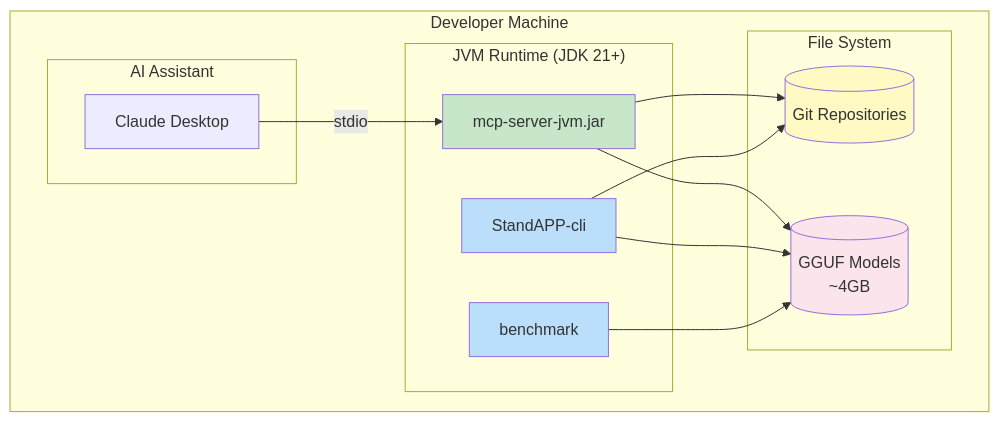
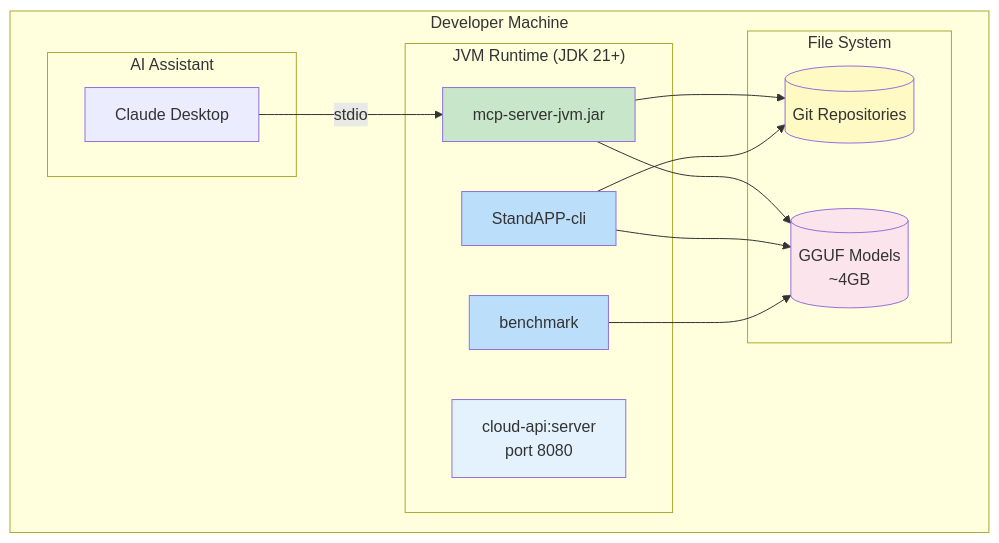
The first of 3 diagrams in docs/modules/architecture/pages/07-deployment-view.adoc (michalharakal/Daily-StandAPP), drawn with Mermaid before and after one commit. The commit also changed other lines of this file and 7 other files, not shown here.

First line of the commit message:
Update arc42 architecture docs to include cloud-api module

```diff
--- a/docs/modules/architecture/pages/07-deployment-view.adoc
+++ b/docs/modules/architecture/pages/07-deployment-view.adoc
@@ -8,33 +8,35 @@
 [mermaid]
 ----
 graph TB
     subgraph "Developer Machine"
         subgraph "JVM Runtime (JDK 21+)"
             MCP[mcp-server-jvm.jar]
             CLI[StandAPP-cli]
             BENCH[benchmark]
+            CLOUDAPI[cloud-api:server<br/>port 8080]
         end
 
         subgraph "File System"
             REPOS[(Git Repositories)]
             MODELS[(GGUF Models<br/>~4GB)]
         end
 
         subgraph "AI Assistant"
             CLAUDE[Claude Desktop]
         end
     end
 
     CLAUDE -->|"stdio"| MCP
     MCP --> REPOS
     MCP --> MODELS
     CLI --> REPOS
     CLI --> MODELS
     BENCH --> MODELS
 
     style MCP fill:#c8e6c9
     style CLI fill:#bbdefb
     style BENCH fill:#bbdefb
+    style CLOUDAPI fill:#e3f2fd
     style REPOS fill:#fff9c4
     style MODELS fill:#fce4ec
 ----
```
